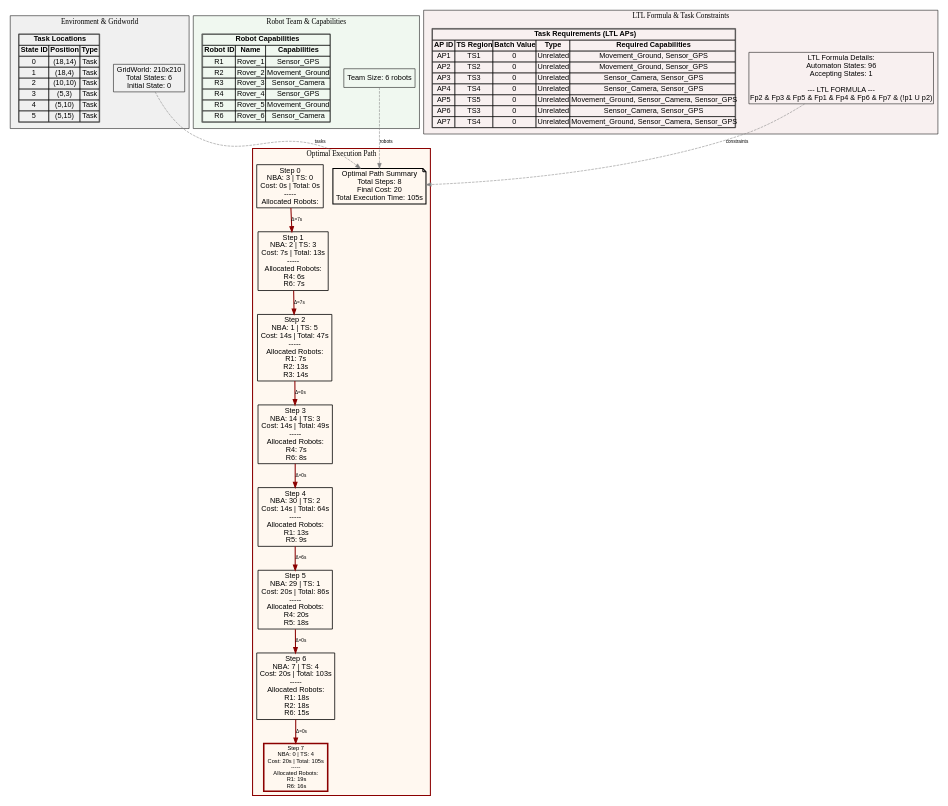
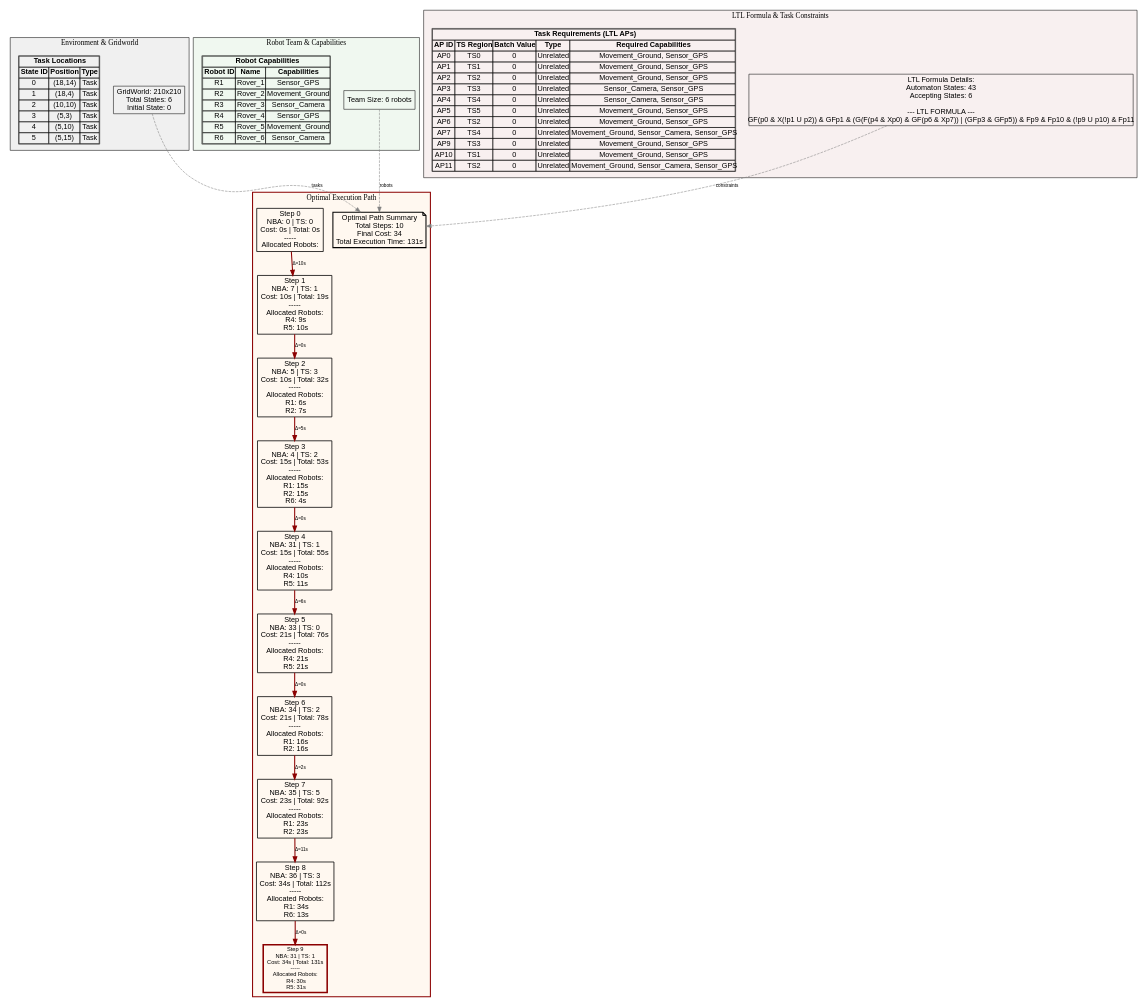
The diagram in MCTB-PDT/organizedtests/output/automaton_test_6robots_10_path.dot.dot (jrourke48/HMRTA_TS_GENERATION), drawn with Graphviz before and after one commit. The commit also changed 105 other files, not shown here.

Commit message:
Added 4 tests to the Automaton States Tests. Also changed the structure of the Test Run Manager to allow for more flexibility in the tests. To organize the results, which makes plotting much simpler, a new folder was created to store the results of the Automaton States Tests.

```diff
--- a/MCTB-PDT/organizedtests/output/automaton_test_6robots_10_path.dot.dot
+++ b/MCTB-PDT/organizedtests/output/automaton_test_6robots_10_path.dot.dot
@@ -1,106 +1,114 @@
 digraph ComprehensiveOptimalPath {
   rankdir=TB;
   concentrate=true;
   node [fontname=Arial];
   edge [fontname=Arial, fontsize=9];
 
   subgraph cluster_environment {
     label="Environment & Gridworld";
     style=filled;
     fillcolor="#F0F0F0";
     color=black;
 
     env_info [shape=box, label="GridWorld: 210x210\nTotal States: 6\nInitial State: 0\n", fillcolor="#E8F4F8"];
 
     env_tasks [shape=plaintext, label=<
       <TABLE BORDER="1" CELLBORDER="1" CELLSPACING="0">
         <TR><TD COLSPAN="3"><B>Task Locations</B></TD></TR>
         <TR><TD><B>State ID</B></TD><TD><B>Position</B></TD><TD><B>Type</B></TD></TR>
         <TR><TD>0</TD><TD>(18,14)</TD><TD>Task</TD></TR>
         <TR><TD>1</TD><TD>(18,4)</TD><TD>Task</TD></TR>
         <TR><TD>2</TD><TD>(10,10)</TD><TD>Task</TD></TR>
         <TR><TD>3</TD><TD>(5,3)</TD><TD>Task</TD></TR>
         <TR><TD>4</TD><TD>(5,10)</TD><TD>Task</TD></TR>
         <TR><TD>5</TD><TD>(5,15)</TD><TD>Task</TD></TR>
       </TABLE>
     >];
   }
 
   subgraph cluster_robots {
     label="Robot Team & Capabilities";
     style=filled;
     fillcolor="#F0F8F0";
     color=black;
 
     team_info [shape=box, label="Team Size: 6 robots\n", fillcolor="#E8F8E8"];
 
     robot_caps [shape=plaintext, label=<
       <TABLE BORDER="1" CELLBORDER="1" CELLSPACING="0">
         <TR><TD COLSPAN="3"><B>Robot Capabilities</B></TD></TR>
         <TR><TD><B>Robot ID</B></TD><TD><B>Name</B></TD><TD><B>Capabilities</B></TD></TR>
         <TR><TD>R1</TD><TD>Rover_1</TD><TD>Sensor_GPS</TD></TR>
         <TR><TD>R2</TD><TD>Rover_2</TD><TD>Movement_Ground</TD></TR>
         <TR><TD>R3</TD><TD>Rover_3</TD><TD>Sensor_Camera</TD></TR>
         <TR><TD>R4</TD><TD>Rover_4</TD><TD>Sensor_GPS</TD></TR>
         <TR><TD>R5</TD><TD>Rover_5</TD><TD>Movement_Ground</TD></TR>
         <TR><TD>R6</TD><TD>Rover_6</TD><TD>Sensor_Camera</TD></TR>
       </TABLE>
     >];
   }
 
   subgraph cluster_ltl {
     label="LTL Formula & Task Constraints";
     style=filled;
     fillcolor="#F8F0F0";
     color=black;
 
-    ltl_info [shape=box, label="LTL Formula Details:\nAutomaton States: 96\nAccepting States: 1\n\n--- LTL FORMULA ---\nFp2 & Fp3 & Fp5 & Fp1 & Fp4 & Fp6 & Fp7 & (!p1 U p2)", fillcolor="#F8E8E8"];
+    ltl_info [shape=box, label="LTL Formula Details:\nAutomaton States: 43\nAccepting States: 6\n\n--- LTL FORMULA ---\nGF(p0 & X(!p1 U p2)) & GFp1 & (G(F(p4 & Xp0) & GF(p6 & Xp7)) | (GFp3 & GFp5)) & Fp9 & Fp10 & (!p9 U p10) & Fp11", fillcolor="#F8E8E8"];
 
     ltl_tasks [shape=plaintext, label=<
       <TABLE BORDER="1" CELLBORDER="1" CELLSPACING="0">
         <TR><TD COLSPAN="5"><B>Task Requirements (LTL APs)</B></TD></TR>
         <TR><TD><B>AP ID</B></TD><TD><B>TS Region</B></TD><TD><B>Batch Value</B></TD><TD><B>Type</B></TD><TD><B>Required Capabilities</B></TD></TR>
+        <TR><TD>AP0</TD><TD>TS0</TD><TD>0</TD><TD>Unrelated</TD><TD>Movement_Ground, Sensor_GPS</TD></TR>
         <TR><TD>AP1</TD><TD>TS1</TD><TD>0</TD><TD>Unrelated</TD><TD>Movement_Ground, Sensor_GPS</TD></TR>
         <TR><TD>AP2</TD><TD>TS2</TD><TD>0</TD><TD>Unrelated</TD><TD>Movement_Ground, Sensor_GPS</TD></TR>
         <TR><TD>AP3</TD><TD>TS3</TD><TD>0</TD><TD>Unrelated</TD><TD>Sensor_Camera, Sensor_GPS</TD></TR>
         <TR><TD>AP4</TD><TD>TS4</TD><TD>0</TD><TD>Unrelated</TD><TD>Sensor_Camera, Sensor_GPS</TD></TR>
-        <TR><TD>AP5</TD><TD>TS5</TD><TD>0</TD><TD>Unrelated</TD><TD>Movement_Ground, Sensor_Camera, Sensor_GPS</TD></TR>
-        <TR><TD>AP6</TD><TD>TS3</TD><TD>0</TD><TD>Unrelated</TD><TD>Sensor_Camera, Sensor_GPS</TD></TR>
+        <TR><TD>AP5</TD><TD>TS5</TD><TD>0</TD><TD>Unrelated</TD><TD>Movement_Ground, Sensor_GPS</TD></TR>
+        <TR><TD>AP6</TD><TD>TS2</TD><TD>0</TD><TD>Unrelated</TD><TD>Movement_Ground, Sensor_GPS</TD></TR>
         <TR><TD>AP7</TD><TD>TS4</TD><TD>0</TD><TD>Unrelated</TD><TD>Movement_Ground, Sensor_Camera, Sensor_GPS</TD></TR>
+        <TR><TD>AP9</TD><TD>TS3</TD><TD>0</TD><TD>Unrelated</TD><TD>Movement_Ground, Sensor_GPS</TD></TR>
+        <TR><TD>AP10</TD><TD>TS1</TD><TD>0</TD><TD>Unrelated</TD><TD>Movement_Ground, Sensor_GPS</TD></TR>
+        <TR><TD>AP11</TD><TD>TS2</TD><TD>0</TD><TD>Unrelated</TD><TD>Movement_Ground, Sensor_Camera, Sensor_GPS</TD></TR>
       </TABLE>
     >];
   }
 
   subgraph cluster_path {
     label="Optimal Execution Path";
     style=filled;
     fillcolor="#FFF8F0";
     color=darkred;
     penwidth=2;
 
-    path_summary [shape=note, label="Optimal Path Summary\nTotal Steps: 8\nFinal Cost: 20\nTotal Execution Time: 105s\n", fillcolor="#FFFFCC", penwidth=2];
+    path_summary [shape=note, label="Optimal Path Summary\nTotal Steps: 10\nFinal Cost: 34\nTotal Execution Time: 131s\n", fillcolor="#FFFFCC", penwidth=2];
 
-    opt_0 [shape=box, label="Step 0\nNBA: 3 | TS: 0\nCost: 0s | Total: 0s\n-----\nAllocated Robots:\n", fillcolor="#B3E5FC", penwidth=1.5];
-    opt_1 [shape=box, label="Step 1\nNBA: 2 | TS: 3\nCost: 7s | Total: 13s\n-----\nAllocated Robots:\n  R4: 6s\n  R6: 7s\n", fillcolor="#B3E5FC", penwidth=1.5];
-    opt_2 [shape=box, label="Step 2\nNBA: 1 | TS: 5\nCost: 14s | Total: 47s\n-----\nAllocated Robots:\n  R1: 7s\n  R2: 13s\n  R3: 14s\n", fillcolor="#B3E5FC", penwidth=1.5];
-    opt_3 [shape=box, label="Step 3\nNBA: 14 | TS: 3\nCost: 14s | Total: 49s\n-----\nAllocated Robots:\n  R4: 7s\n  R6: 8s\n", fillcolor="#B3E5FC", penwidth=1.5];
-    opt_4 [shape=box, label="Step 4\nNBA: 30 | TS: 2\nCost: 14s | Total: 64s\n-----\nAllocated Robots:\n  R1: 13s\n  R5: 9s\n", fillcolor="#B3E5FC", penwidth=1.5];
-    opt_5 [shape=box, label="Step 5\nNBA: 29 | TS: 1\nCost: 20s | Total: 86s\n-----\nAllocated Robots:\n  R4: 20s\n  R5: 18s\n", fillcolor="#B3E5FC", penwidth=1.5];
-    opt_6 [shape=box, label="Step 6\nNBA: 7 | TS: 4\nCost: 20s | Total: 103s\n-----\nAllocated Robots:\n  R1: 18s\n  R2: 18s\n  R6: 15s\n", fillcolor="#B3E5FC", penwidth=1.5];
-    opt_7 [shape=box, label="Step 7\nNBA: 0 | TS: 4\nCost: 20s | Total: 105s\n-----\nAllocated Robots:\n  R1: 19s\n  R6: 16s\n", fillcolor="#FF6B6B", penwidth=3, color=darkred, fontweight=bold, fontsize=11];
+    opt_0 [shape=box, label="Step 0\nNBA: 0 | TS: 0\nCost: 0s | Total: 0s\n-----\nAllocated Robots:\n", fillcolor="#B3E5FC", penwidth=1.5];
+    opt_1 [shape=box, label="Step 1\nNBA: 7 | TS: 1\nCost: 10s | Total: 19s\n-----\nAllocated Robots:\n  R4: 9s\n  R5: 10s\n", fillcolor="#B3E5FC", penwidth=1.5];
+    opt_2 [shape=box, label="Step 2\nNBA: 5 | TS: 3\nCost: 10s | Total: 32s\n-----\nAllocated Robots:\n  R1: 6s\n  R2: 7s\n", fillcolor="#B3E5FC", penwidth=1.5];
+    opt_3 [shape=box, label="Step 3\nNBA: 4 | TS: 2\nCost: 15s | Total: 53s\n-----\nAllocated Robots:\n  R1: 15s\n  R2: 15s\n  R6: 4s\n", fillcolor="#B3E5FC", penwidth=1.5];
+    opt_4 [shape=box, label="Step 4\nNBA: 31 | TS: 1\nCost: 15s | Total: 55s\n-----\nAllocated Robots:\n  R4: 10s\n  R5: 11s\n", fillcolor="#B3E5FC", penwidth=1.5];
+    opt_5 [shape=box, label="Step 5\nNBA: 33 | TS: 0\nCost: 21s | Total: 76s\n-----\nAllocated Robots:\n  R4: 21s\n  R5: 21s\n", fillcolor="#B3E5FC", penwidth=1.5];
+    opt_6 [shape=box, label="Step 6\nNBA: 34 | TS: 2\nCost: 21s | Total: 78s\n-----\nAllocated Robots:\n  R1: 16s\n  R2: 16s\n", fillcolor="#B3E5FC", penwidth=1.5];
+    opt_7 [shape=box, label="Step 7\nNBA: 35 | TS: 5\nCost: 23s | Total: 92s\n-----\nAllocated Robots:\n  R1: 23s\n  R2: 23s\n", fillcolor="#B3E5FC", penwidth=1.5];
+    opt_8 [shape=box, label="Step 8\nNBA: 36 | TS: 3\nCost: 34s | Total: 112s\n-----\nAllocated Robots:\n  R1: 34s\n  R6: 13s\n", fillcolor="#B3E5FC", penwidth=1.5];
+    opt_9 [shape=box, label="Step 9\nNBA: 31 | TS: 1\nCost: 34s | Total: 131s\n-----\nAllocated Robots:\n  R4: 30s\n  R5: 31s\n", fillcolor="#FF6B6B", penwidth=3, color=darkred, fontweight=bold, fontsize=11];
 
-    opt_0 -> opt_1 [label="Δ=7s", penwidth=2, color=darkred];
-    opt_1 -> opt_2 [label="Δ=7s", penwidth=2, color=darkred];
-    opt_2 -> opt_3 [label="Δ=0s", penwidth=2, color=darkred];
+    opt_0 -> opt_1 [label="Δ=10s", penwidth=2, color=darkred];
+    opt_1 -> opt_2 [label="Δ=0s", penwidth=2, color=darkred];
+    opt_2 -> opt_3 [label="Δ=5s", penwidth=2, color=darkred];
     opt_3 -> opt_4 [label="Δ=0s", penwidth=2, color=darkred];
     opt_4 -> opt_5 [label="Δ=6s", penwidth=2, color=darkred];
     opt_5 -> opt_6 [label="Δ=0s", penwidth=2, color=darkred];
-    opt_6 -> opt_7 [label="Δ=0s", penwidth=2, color=darkred];
+    opt_6 -> opt_7 [label="Δ=2s", penwidth=2, color=darkred];
+    opt_7 -> opt_8 [label="Δ=11s", penwidth=2, color=darkred];
+    opt_8 -> opt_9 [label="Δ=0s", penwidth=2, color=darkred];
   }
 
   // Connections between clusters
   env_info -> path_summary [style=dashed, color=gray, label="tasks"];
   team_info -> path_summary [style=dashed, color=gray, label="robots"];
   ltl_info -> path_summary [style=dashed, color=gray, label="constraints"];
 
 }
```
